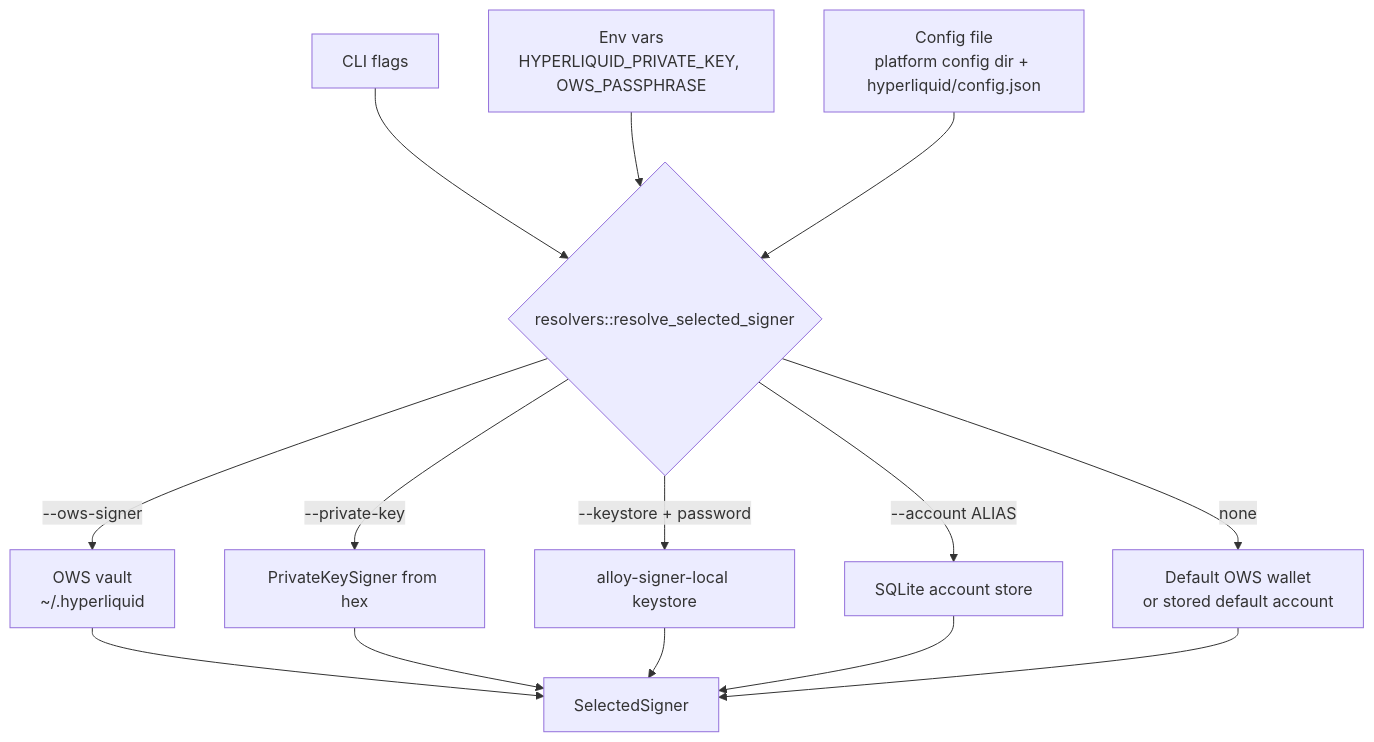
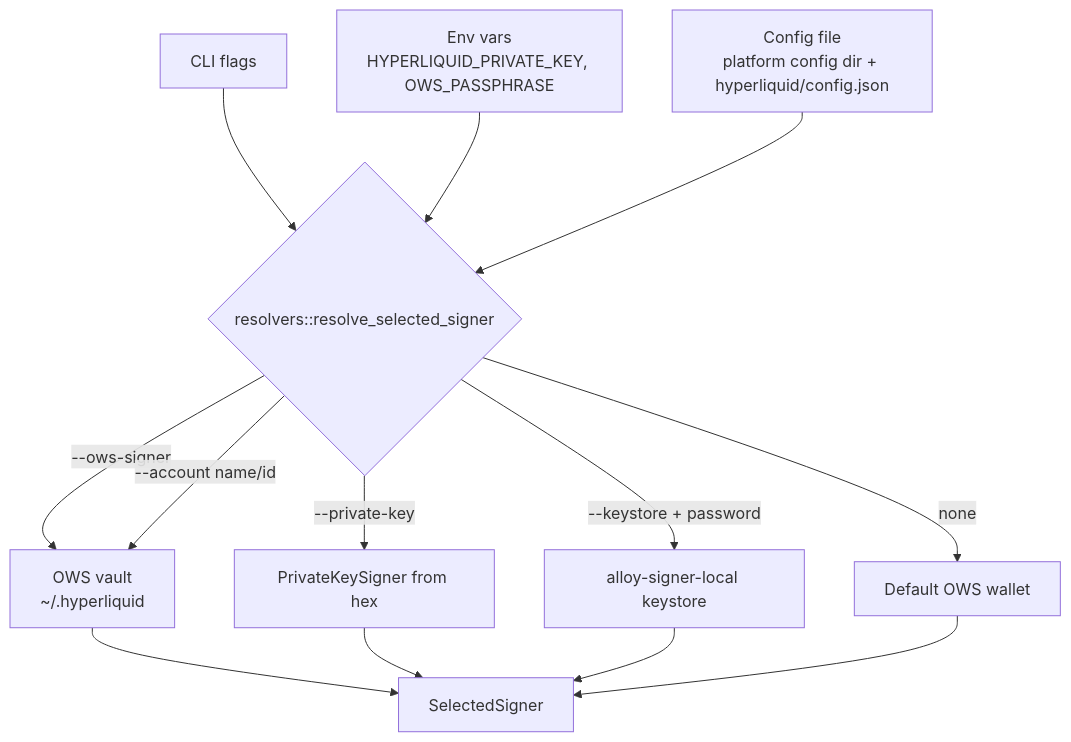
Before and after one commit to hypurrclaw/hyperliquid-cli: the diagram in droid-wiki/systems/signing-and-wallets.md, drawn with Mermaid. The commit also changed other lines of this file and 43 other files, not shown here.

````diff
--- a/droid-wiki/systems/signing-and-wallets.md
+++ b/droid-wiki/systems/signing-and-wallets.md
@@ -39,16 +37,15 @@
 ```mermaid
 graph TD
     Flags[CLI flags] --> Resolve
     Env[Env vars<br/>HYPERLIQUID_PRIVATE_KEY, OWS_PASSPHRASE] --> Resolve
     Config[Config file<br/>platform config dir + hyperliquid/config.json] --> Resolve
     Resolve{resolvers::resolve_selected_signer} -->|--ows-signer| Ows[OWS vault<br/>~/.hyperliquid]
+    Resolve -->|--account name/id| Ows
     Resolve -->|--private-key| Raw[PrivateKeySigner from hex]
     Resolve -->|--keystore + password| Keystore[alloy-signer-local keystore]
-    Resolve -->|--account ALIAS| Db[SQLite account store]
-    Resolve -->|none| Default[Default OWS wallet<br/>or stored default account]
+    Resolve -->|none| Default[Default OWS wallet]
     Ows --> Selected[SelectedSigner]
     Raw --> Selected
     Keystore --> Selected
-    Db --> Selected
     Default --> Selected
 ```
````
